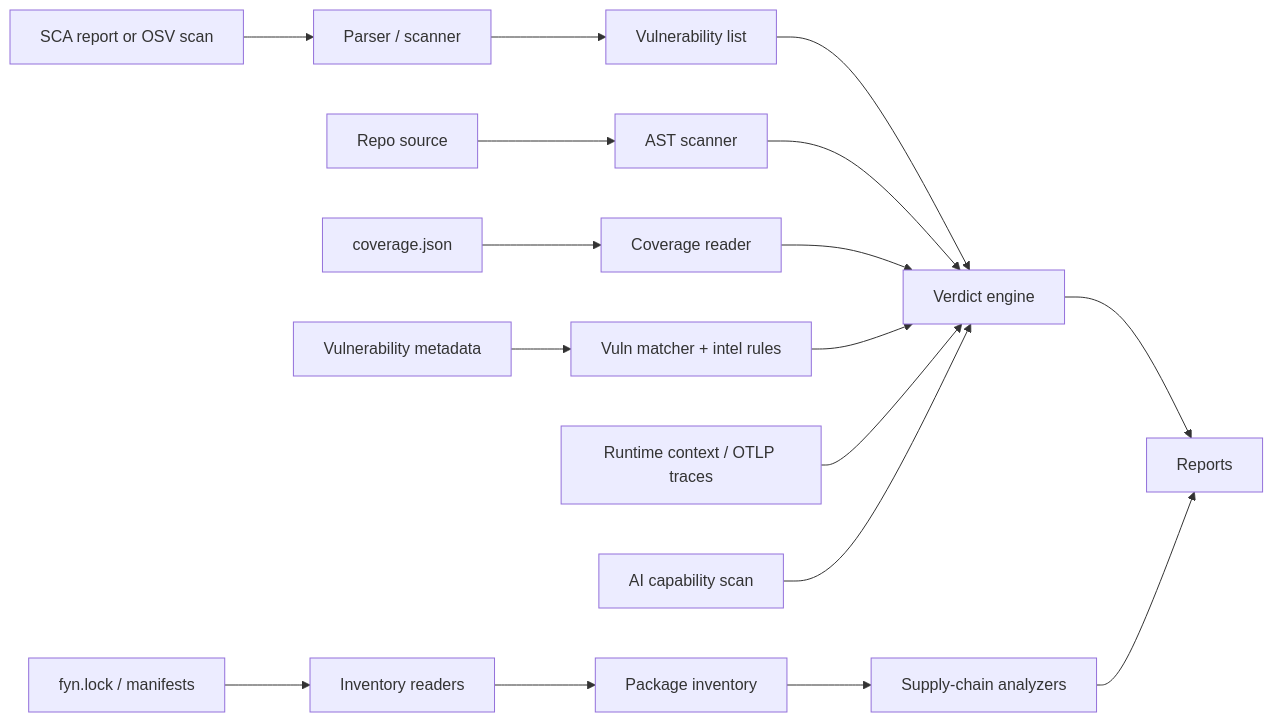
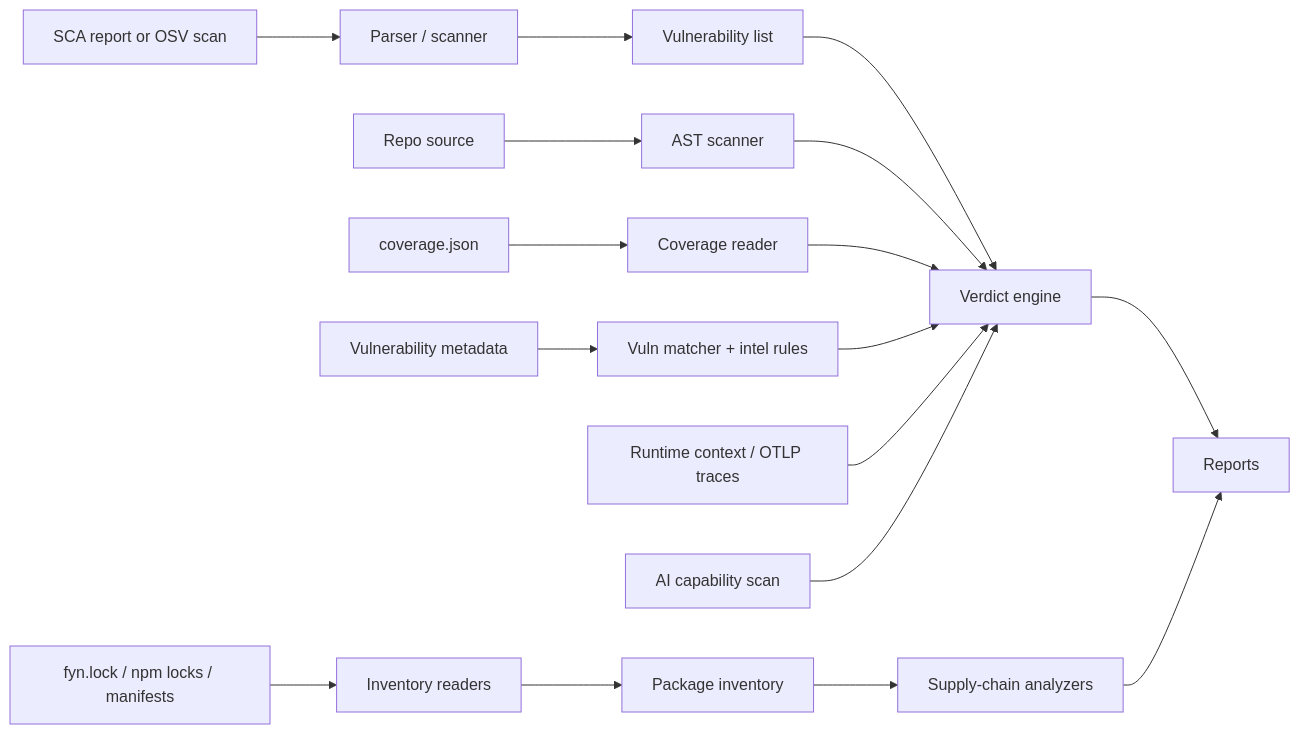
The diagram in docs/architecture/overview.md (duriantaco/ca9), drawn with Mermaid before and after one commit. The commit also changed other lines of this file and 19 other files, not shown here.

````diff
--- a/docs/architecture/overview.md
+++ b/docs/architecture/overview.md
@@ -7,21 +7,21 @@
 ```mermaid
 graph LR
     A[SCA report or OSV scan] --> B[Parser / scanner]
     B --> C[Vulnerability list]
     C --> D[Verdict engine]
     D --> E[Reports]
 
-    N[fyn.lock / manifests] --> O[Inventory readers]
+    N[fyn.lock / npm locks / manifests] --> O[Inventory readers]
     O --> P[Package inventory]
     P --> Q[Supply-chain analyzers]
     Q --> E
 
     F[Repo source] --> G[AST scanner]
     G --> D
     H[coverage.json] --> I[Coverage reader]
     I --> D
     J[Vulnerability metadata] --> K[Vuln matcher + intel rules]
     K --> D
     L[Runtime context / OTLP traces] --> D
     M[AI capability scan] --> D
 ```
````
